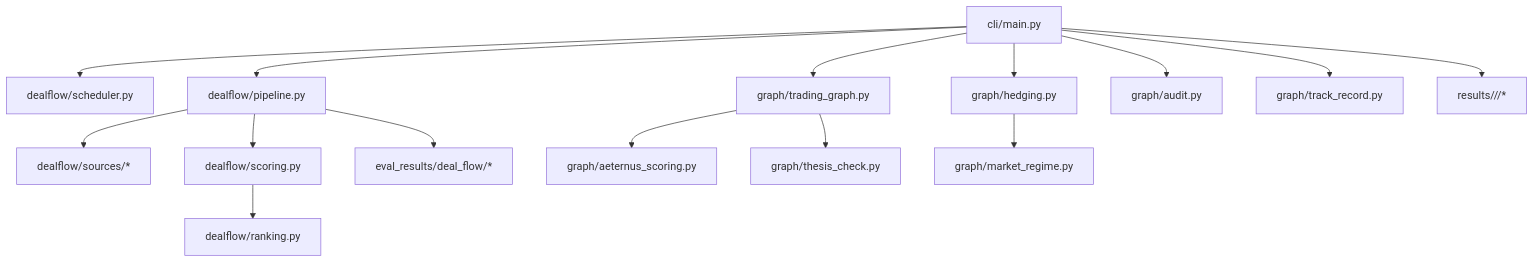
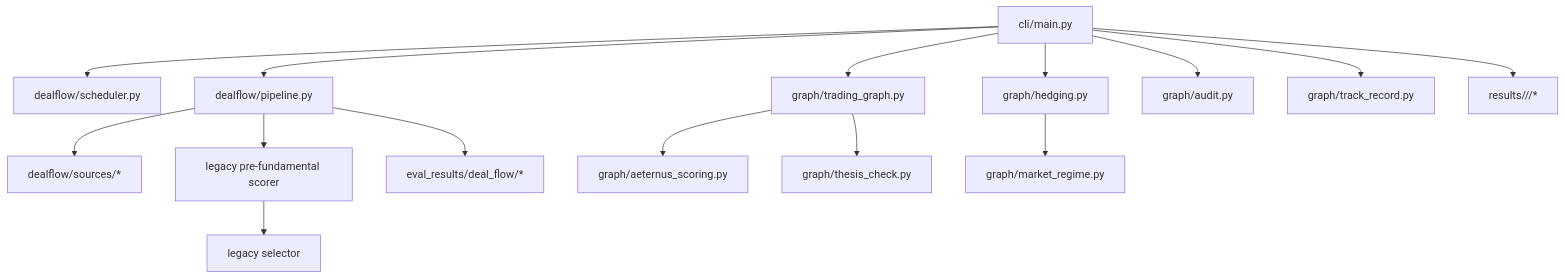
The second of 7 diagrams in memory/archive/DeepWiki_System_Architecture.md (VPAeternus/Aeternus), drawn with Mermaid before and after one commit. The commit also changed other lines of this file and 3604 other files, not shown here.

First line of the commit message:
Retire pre-fundamental dealflow scoring

````diff
--- a/memory/archive/DeepWiki_System_Architecture.md
+++ b/memory/archive/DeepWiki_System_Architecture.md
@@ -62,19 +62,19 @@
 ```mermaid
 flowchart TD
     CLI["cli/main.py"] --> DFS["dealflow/scheduler.py"]
     CLI --> DFP["dealflow/pipeline.py"]
     DFP --> DFSRC["dealflow/sources/*"]
-    DFP --> DFSC["dealflow/scoring.py"]
-    DFSC --> DFRK["dealflow/ranking.py"]
+    DFP --> DFSC["legacy pre-fundamental scorer"]
+    DFSC --> DFRK["legacy selector"]
     DFP --> DFART["eval_results/deal_flow/*"]
 
     CLI --> TG["graph/trading_graph.py"]
     TG --> ASC["graph/aeternus_scoring.py"]
     TG --> THC["graph/thesis_check.py"]
     CLI --> HED["graph/hedging.py"]
     HED --> MRP["graph/market_regime.py"]
 
     CLI --> AUD["graph/audit.py"]
     CLI --> TRK["graph/track_record.py"]
     CLI --> RES["results/<ticker>/<date>/*"]
 ```
````
